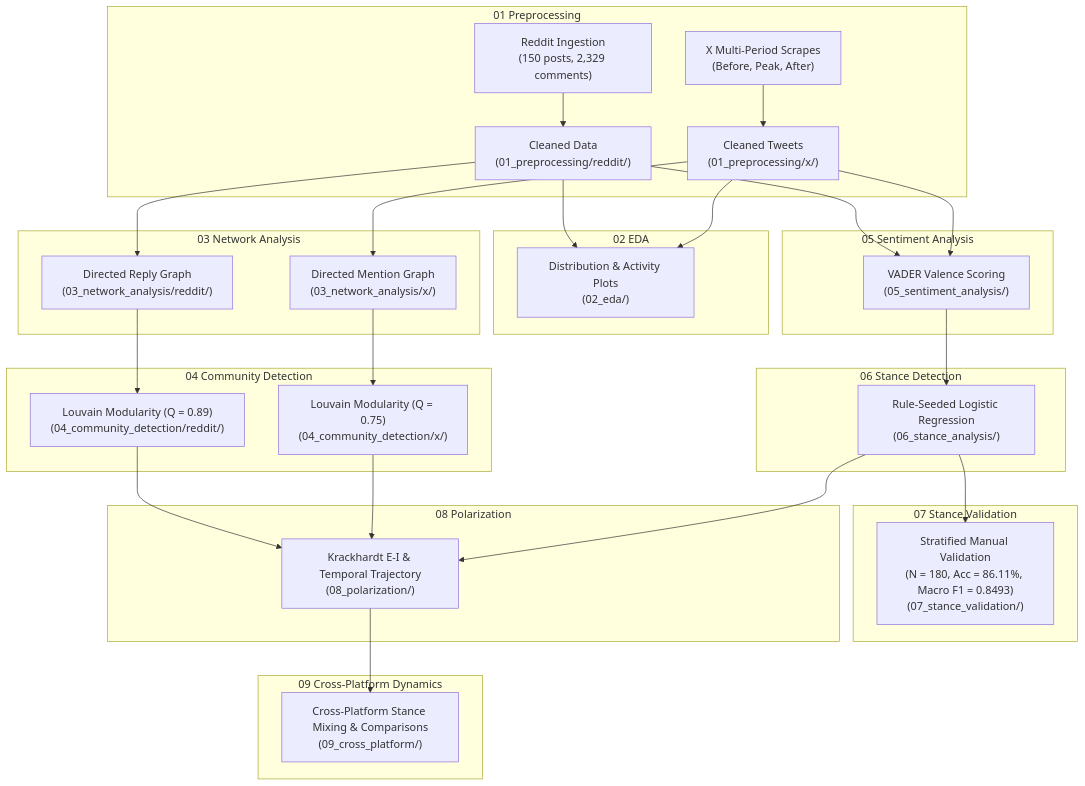
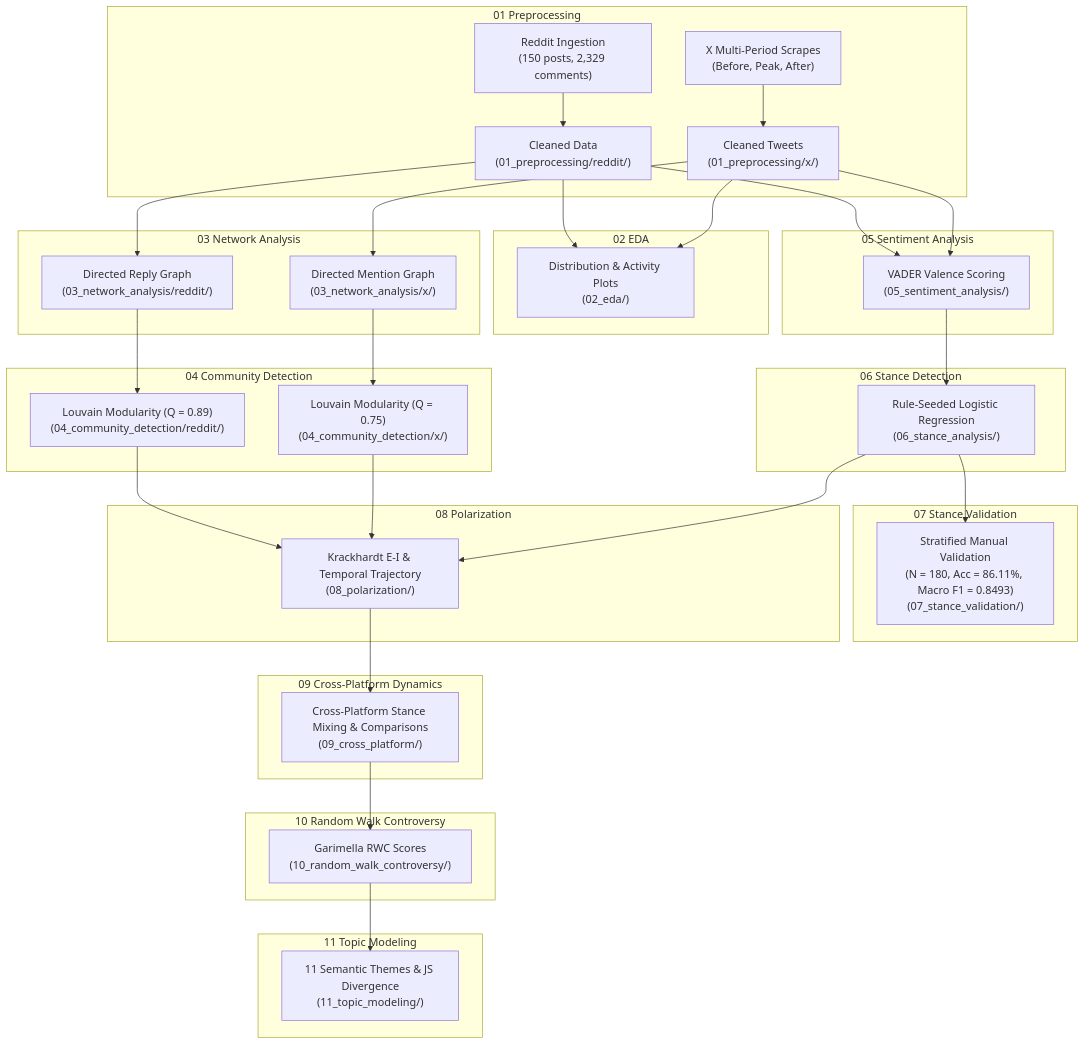
Before and after one commit to AnishChoudhary01/cjp_discourse_analysis: the diagram in README.md, drawn with Mermaid. The commit also changed other lines of this file, not shown here.

````diff
--- a/README.md
+++ b/README.md
@@ -19,41 +20,49 @@
 ```mermaid
 flowchart TD
     subgraph S1["01 Preprocessing"]
         A1["Reddit Ingestion<br/>(150 posts, 2,329 comments)"] --> B1["Cleaned Data<br/>(01_preprocessing/reddit/)"]
         A2["X Multi-Period Scrapes<br/>(Before, Peak, After)"] --> B2["Cleaned Tweets<br/>(01_preprocessing/x/)"]
     end
 
     subgraph S2["02 EDA"]
         B1 & B2 --> C0["Distribution & Activity Plots<br/>(02_eda/)"]
     end
 
     subgraph S3["03 Network Analysis"]
         B1 --> C1["Directed Reply Graph<br/>(03_network_analysis/reddit/)"]
         B2 --> C2["Directed Mention Graph<br/>(03_network_analysis/x/)"]
     end
 
     subgraph S4["04 Community Detection"]
         C1 --> D1["Louvain Modularity (Q = 0.89)<br/>(04_community_detection/reddit/)"]
         C2 --> D2["Louvain Modularity (Q = 0.75)<br/>(04_community_detection/x/)"]
     end
 
     subgraph S5["05 Sentiment Analysis"]
         B1 & B2 --> E["VADER Valence Scoring<br/>(05_sentiment_analysis/)"]
     end
 
     subgraph S6["06 Stance Detection"]
         E --> F["Rule-Seeded Logistic Regression<br/>(06_stance_analysis/)"]
     end
 
     subgraph S7["07 Stance Validation"]
         F --> G["Stratified Manual Validation<br/>(N = 180, Acc = 86.11%, Macro F1 = 0.8493)<br/>(07_stance_validation/)"]
     end
 
     subgraph S8["08 Polarization"]
         D1 & D2 & F --> H["Krackhardt E-I & Temporal Trajectory<br/>(08_polarization/)"]
     end
 
     subgraph S9["09 Cross-Platform Dynamics"]
         H --> I["Cross-Platform Stance Mixing & Comparisons<br/>(09_cross_platform/)"]
     end
+
+    subgraph S10["10 Random Walk Controversy"]
+        I --> J["Garimella RWC Scores<br/>(10_random_walk_controversy/)"]
+    end
+
+    subgraph S11["11 Topic Modeling"]
+        J --> K["11 Semantic Themes & JS Divergence<br/>(11_topic_modeling/)"]
+    end
 ```
````
